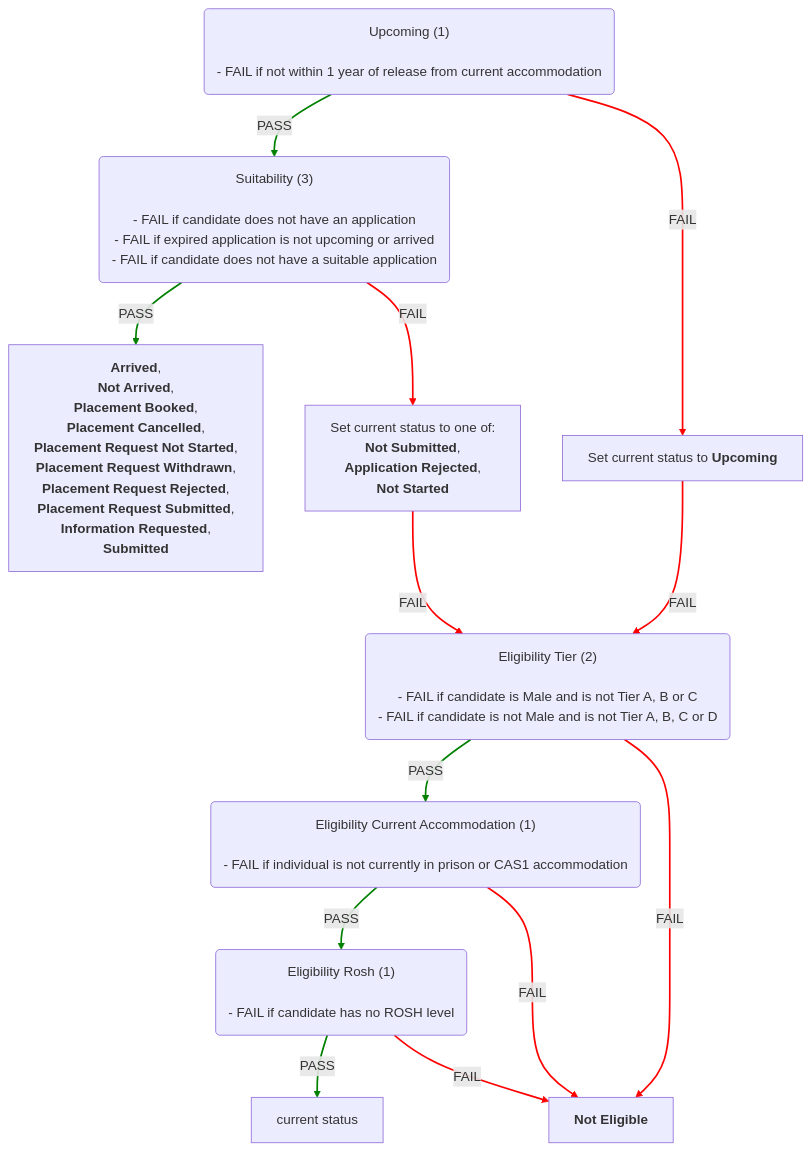
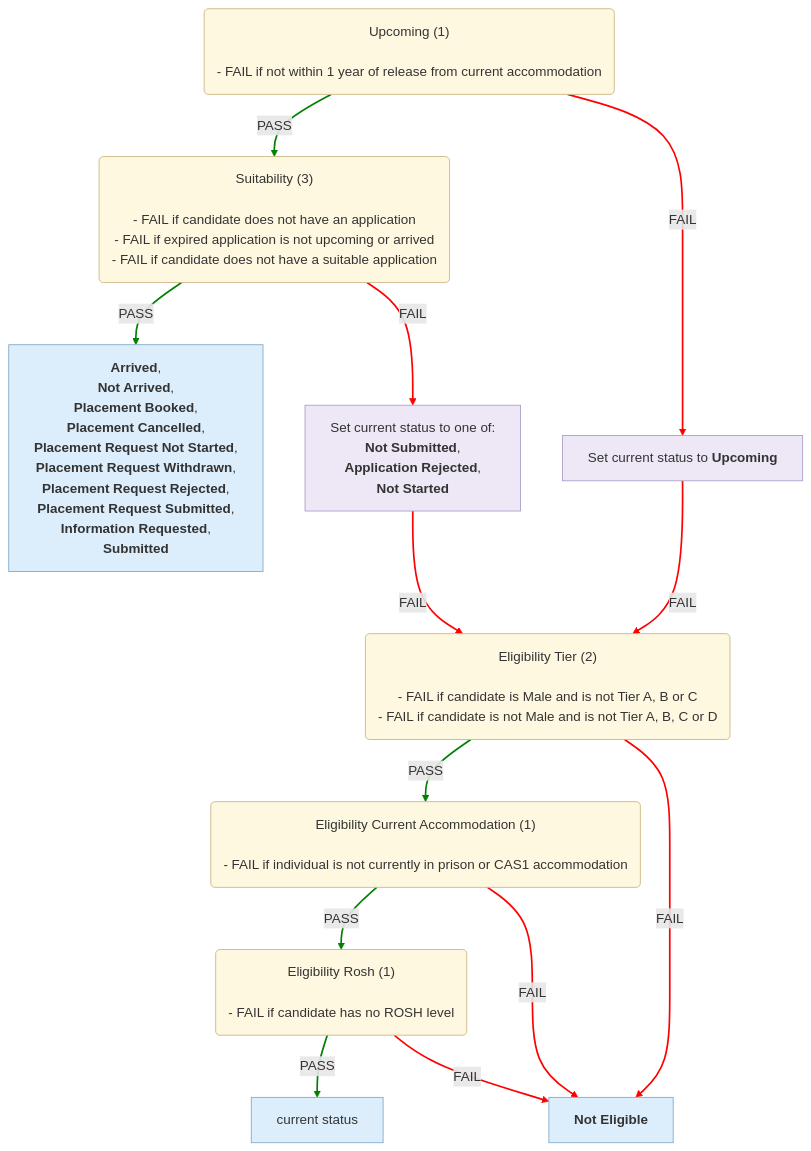
One commit to uk-gov-mirror/ministryofjustice.hmpps-single-accommodation-service-api changed the first of 6 diagrams in docs/eligibility-rules-graph.md. Above: the diagram before and after it, drawn with Mermaid. The commit also changed other lines of this file and 5 other files, not shown here.

Commit message:
chore/SAS-1532-Use-UI-statuses-in-graph-instead-of-enums

````diff
--- a/docs/eligibility-rules-graph.md
+++ b/docs/eligibility-rules-graph.md
@@ -9,53 +9,59 @@
 ```mermaid
 %%{init: {"flowchart": {"wrappingWidth": 800}}}%%
 flowchart TD
   Upcoming("Upcoming (1)
 
 - FAIL if not within 1 year of release from current accommodation")
   Suitability("Suitability (3)
 
 - FAIL if candidate does not have an application
 - FAIL if expired application is not upcoming or arrived
 - FAIL if candidate does not have a suitable application")
   updater_Arrived___Not_Arrived___Placement_Booked___Placement_Cancelled___Placement_Request_Not_Started___Placement_Request_Withdrawn___Placement_Request_Rejected___Placement_Request_Submitted___Information_Requested___Submitted["<b>Arrived</b>,
  <b>Not Arrived</b>,
  <b>Placement Booked</b>,
  <b>Placement Cancelled</b>,
  <b>Placement Request Not Started</b>,
  <b>Placement Request Withdrawn</b>,
  <b>Placement Request Rejected</b>,
  <b>Placement Request Submitted</b>,
  <b>Information Requested</b>,
  <b>Submitted</b>"]
   updater_Set_current_status_to_one_of__Not_Submitted___Application_Rejected___Not_Started["Set current status to one of:
 <b>Not Submitted</b>,
  <b>Application Rejected</b>,
  <b>Not Started</b>"]
   Eligibility_Tier("Eligibility Tier (2)
 
 - FAIL if candidate is Male and is not Tier A, B or C
 - FAIL if candidate is not Male and is not Tier A, B, C or D")
   Eligibility_Current_Accommodation("Eligibility Current Accommodation (1)
 
 - FAIL if individual is not currently in prison or CAS1 accommodation")
   Eligibility_Rosh("Eligibility Rosh (1)
 
 - FAIL if candidate has no ROSH level")
   current_status["current status"]
   Not_Eligible["<b>Not Eligible</b>"]
   updater_Set_current_status_to_Upcoming["Set current status to <b>Upcoming</b>"]
   Suitability -->|PASS| updater_Arrived___Not_Arrived___Placement_Booked___Placement_Cancelled___Placement_Request_Not_Started___Placement_Request_Withdrawn___Placement_Request_Rejected___Placement_Request_Submitted___Information_Requested___Submitted
   Suitability -->|FAIL| updater_Set_current_status_to_one_of__Not_Submitted___Application_Rejected___Not_Started
   Eligibility_Rosh -->|PASS| current_status
   Eligibility_Rosh -->|FAIL| Not_Eligible
   Eligibility_Current_Accommodation -->|PASS| Eligibility_Rosh
   Eligibility_Current_Accommodation -->|FAIL| Not_Eligible
   Eligibility_Tier -->|PASS| Eligibility_Current_Accommodation
   Eligibility_Tier -->|FAIL| Not_Eligible
   updater_Set_current_status_to_one_of__Not_Submitted___Application_Rejected___Not_Started -->|FAIL| Eligibility_Tier
   Upcoming -->|PASS| Suitability
   Upcoming -->|FAIL| updater_Set_current_status_to_Upcoming
   updater_Set_current_status_to_Upcoming -->|FAIL| Eligibility_Tier
   linkStyle 0,2,4,6,9 stroke:green,stroke-width:2px
   linkStyle 1,3,5,7,8,10,11 stroke:red,stroke-width:2px
+  classDef ruleSetNode fill:#FFF8E1,stroke:#C9B37E,color:#333
+  classDef outcomeNode fill:#DCEEFB,stroke:#7FA7C9,color:#333
+  classDef updaterNode fill:#EDE7F6,stroke:#A99BC9,color:#333
+  class Upcoming,Suitability,Eligibility_Tier,Eligibility_Current_Accommodation,Eligibility_Rosh ruleSetNode
+  class updater_Arrived___Not_Arrived___Placement_Booked___Placement_Cancelled___Placement_Request_Not_Started___Placement_Request_Withdrawn___Placement_Request_Rejected___Placement_Request_Submitted___Information_Requested___Submitted,current_status,Not_Eligible outcomeNode
+  class updater_Set_current_status_to_one_of__Not_Submitted___Application_Rejected___Not_Started,updater_Set_current_status_to_Upcoming updaterNode
 ```
````
